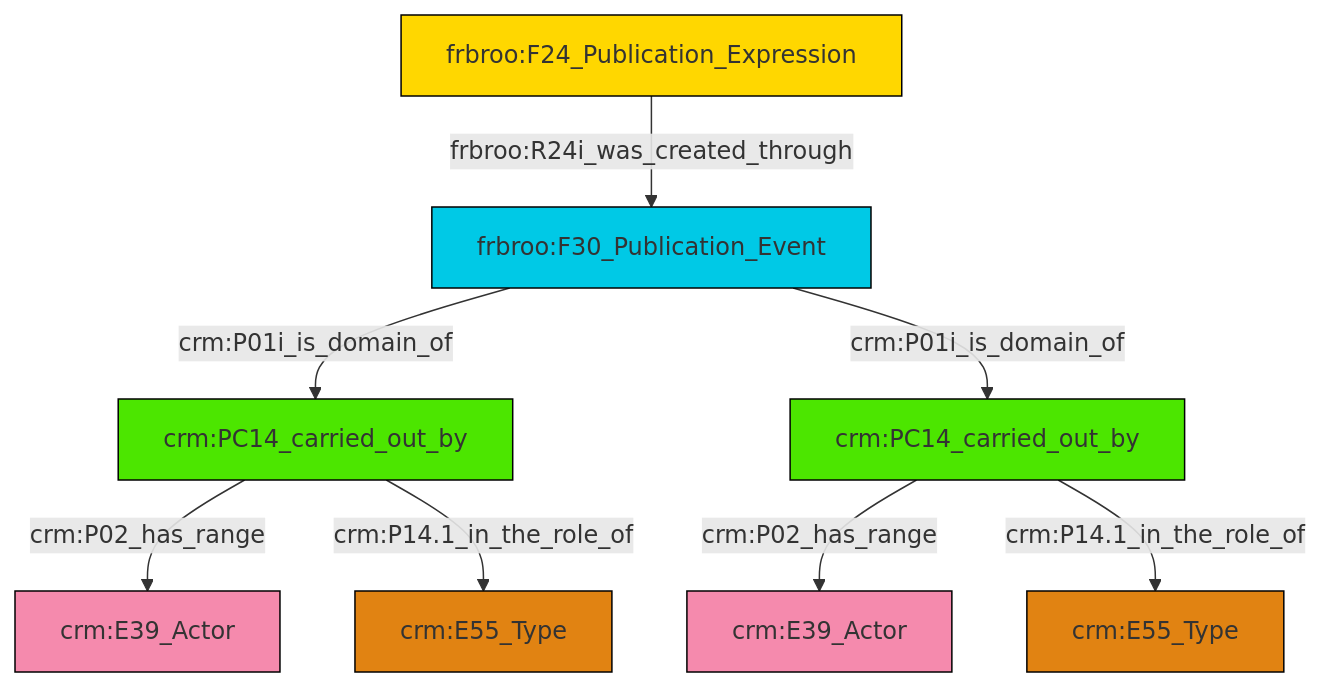
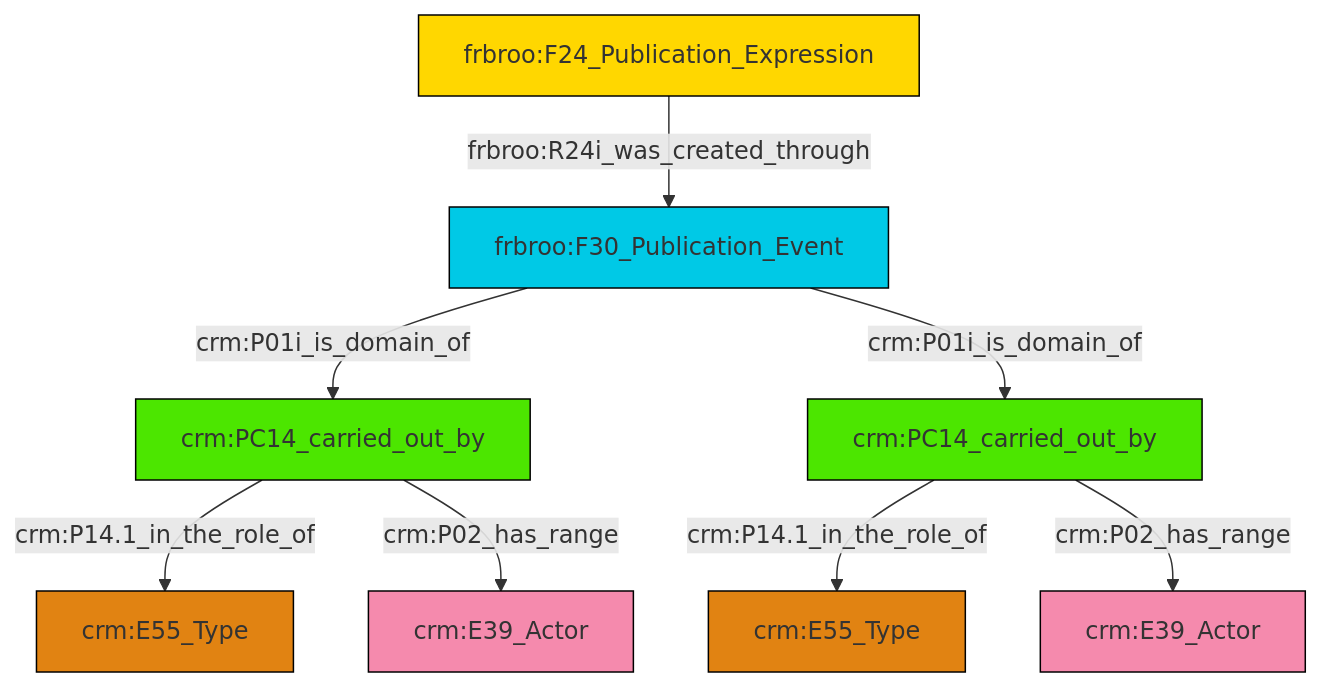
One commit to swiss-art-research-net/docs.swissartresearch changed the diagram in et/biblioCSV/ttl/mmd/biblio_actor_relations.ttl.mmd. Above: the diagram before and after it, drawn with Mermaid. The commit also changed 169 other files, not shown here.

```diff
--- a/et/biblioCSV/ttl/mmd/biblio_actor_relations.ttl.mmd
+++ b/et/biblioCSV/ttl/mmd/biblio_actor_relations.ttl.mmd
@@ -1,22 +1,22 @@
 graph TD
 classDef Literal fill:#f2f2f2,stroke:#000000;
 classDef CRM_Entity fill:#FFFFFF,stroke:#000000;
 classDef Temporal_Entity fill:#00C9E6, stroke:#000000;
 classDef Type fill:#E18312, stroke:#000000;
 classDef Time-Span fill:#2C9C91, stroke:#000000;
 classDef Appellation fill:#FFEB7F, stroke:#000000;
 classDef Place fill:#008836, stroke:#000000;
 classDef Persistent_Item fill:#B266B2, stroke:#000000;
 classDef Conceptual_Object fill:#FFD700, stroke:#000000;
 classDef Physical_Thing fill:#D2B48C, stroke:#000000;
 classDef Actor fill:#f58aad, stroke:#000000;
 classDef PC_Classes fill:#4ce600, stroke:#000000;
 classDef Multi fill:#cccccc,stroke:#000000;
 
-0["frbroo:F24_Publication_Expression"]:::Conceptual_Object -->|frbroo:R24i_was_created_through| 1["frbroo:F30_Publication_Event"]:::Temporal_Entity
-2["crm:PC14_carried_out_by"]:::PC_Classes -->|crm:P02_has_range| 3["crm:E39_Actor"]:::Actor
-2["crm:PC14_carried_out_by"]:::PC_Classes -->|crm:P14.1_in_the_role_of| 6["crm:E55_Type"]:::Type
-1["frbroo:F30_Publication_Event"]:::Temporal_Entity -->|crm:P01i_is_domain_of| 2["crm:PC14_carried_out_by"]:::PC_Classes
-9["crm:PC14_carried_out_by"]:::PC_Classes -->|crm:P02_has_range| 10["crm:E39_Actor"]:::Actor
-9["crm:PC14_carried_out_by"]:::PC_Classes -->|crm:P14.1_in_the_role_of| 4["crm:E55_Type"]:::Type
-1["frbroo:F30_Publication_Event"]:::Temporal_Entity -->|crm:P01i_is_domain_of| 9["crm:PC14_carried_out_by"]:::PC_Classes
+0["frbroo:F30_Publication_Event"]:::Temporal_Entity -->|crm:P01i_is_domain_of| 1["crm:PC14_carried_out_by"]:::PC_Classes
+1["crm:PC14_carried_out_by"]:::PC_Classes -->|crm:P14.1_in_the_role_of| 2["crm:E55_Type"]:::Type
+3["crm:PC14_carried_out_by"]:::PC_Classes -->|crm:P14.1_in_the_role_of| 5["crm:E55_Type"]:::Type
+0["frbroo:F30_Publication_Event"]:::Temporal_Entity -->|crm:P01i_is_domain_of| 3["crm:PC14_carried_out_by"]:::PC_Classes
+3["crm:PC14_carried_out_by"]:::PC_Classes -->|crm:P02_has_range| 13["crm:E39_Actor"]:::Actor
+1["crm:PC14_carried_out_by"]:::PC_Classes -->|crm:P02_has_range| 11["crm:E39_Actor"]:::Actor
+7["frbroo:F24_Publication_Expression"]:::Conceptual_Object -->|frbroo:R24i_was_created_through| 0["frbroo:F30_Publication_Event"]:::Temporal_Entity
```
